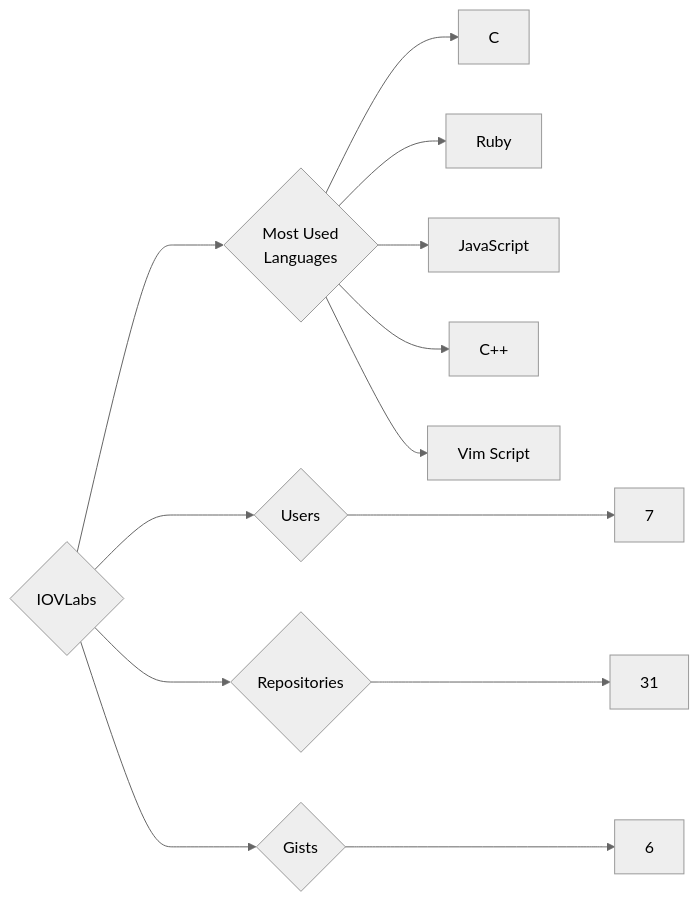
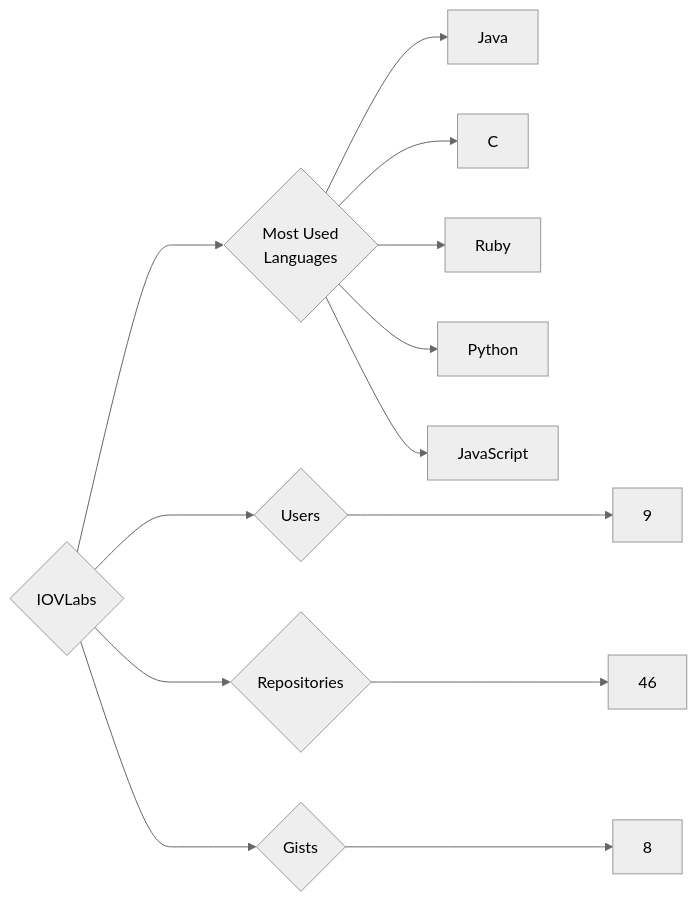
The diagram in targets/IOVLabs/README.md (trickest/insiders), drawn with Mermaid (neutral theme) before and after one commit. The commit also changed 859 other files, not shown here.

````diff
--- a/targets/IOVLabs/README.md
+++ b/targets/IOVLabs/README.md
@@ -3,13 +3,13 @@
 ```mermaid
 graph LR
 COMPANY_NAME{IOVLabs}
-COMPANY_NAME ---> U{Users} ---> UN[7]
-COMPANY_NAME ---> R{Repositories} ---> RN[31]
-COMPANY_NAME ---> G{Gists} ---> GN[6]
+COMPANY_NAME ---> U{Users} ---> UN[9]
+COMPANY_NAME ---> R{Repositories} ---> RN[46]
+COMPANY_NAME ---> G{Gists} ---> GN[8]
 COMPANY_NAME ---> ML{Most Used<br>Languages}
+ML --> Java[Java]
 ML --> C[C]
 ML --> Ruby[Ruby]
+ML --> Python[Python]
 ML --> JavaScript[JavaScript]
-ML --> C++[C++]
-ML --> Vim_Script[Vim Script]
 ```
````
